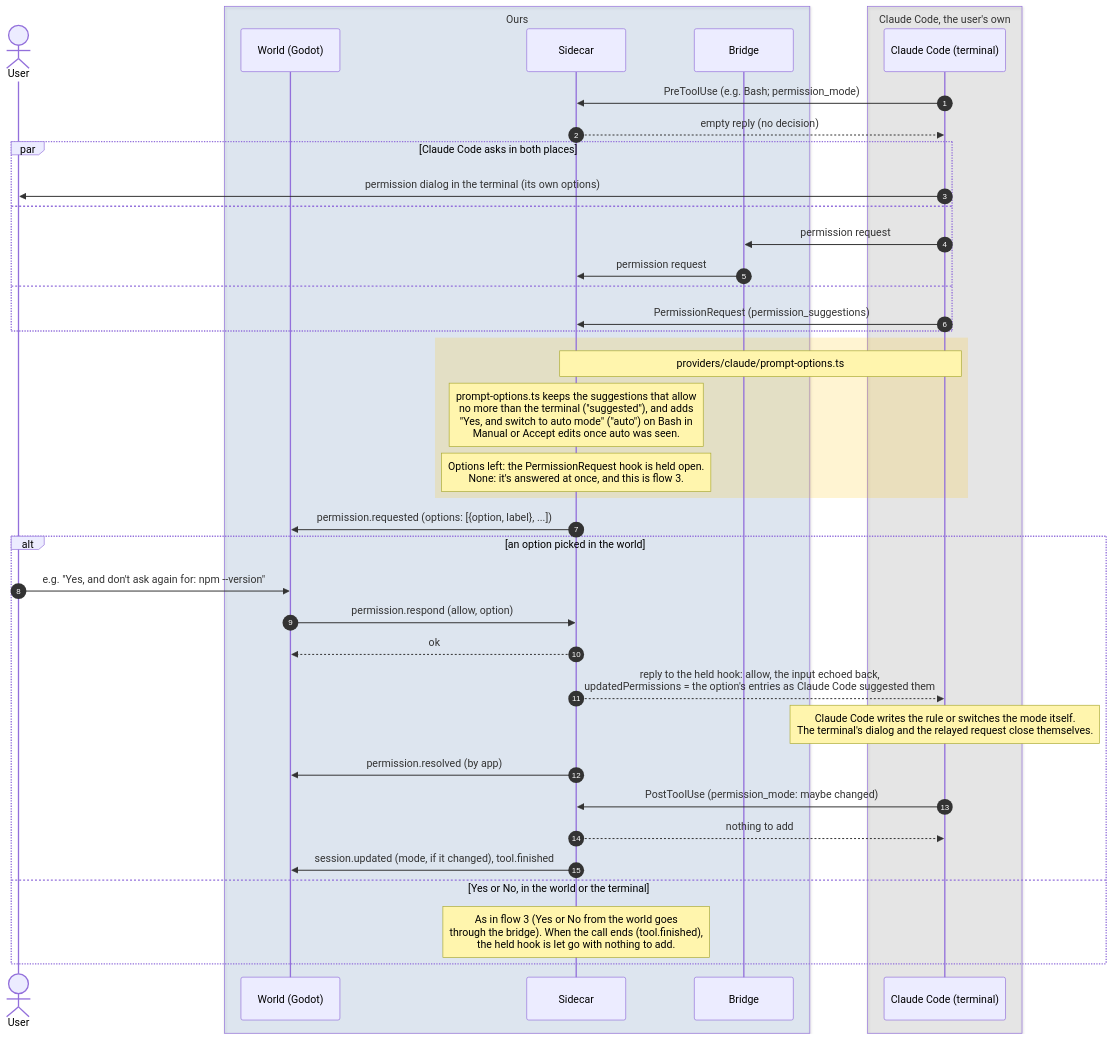
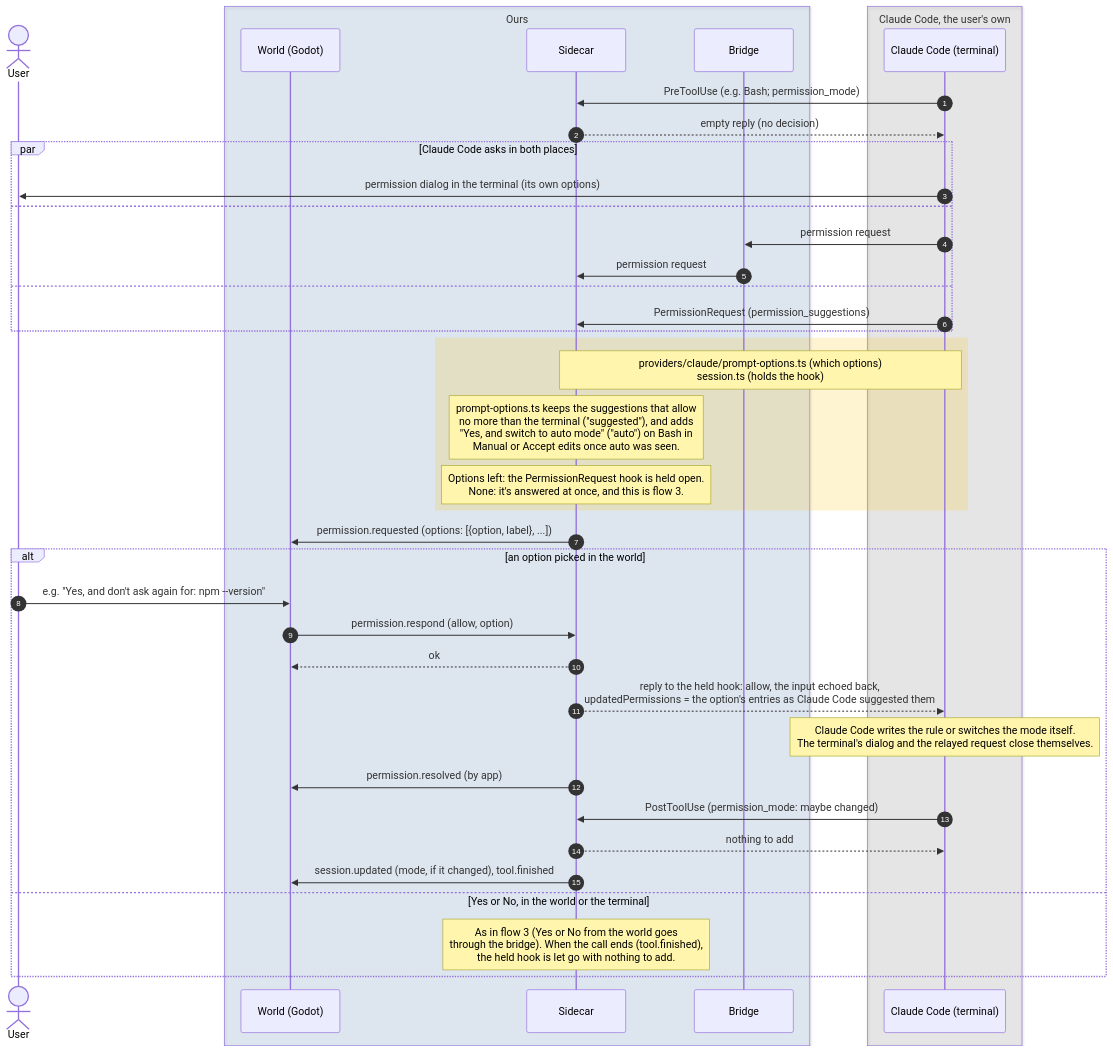
The diagram in docs/diagrams/sequence/11-prompt-options.md (PaoloPortugal/The-Beach), drawn with Mermaid before and after one commit. The commit also changed 4 other files, not shown here.

First line of the commit message:
Diagrams: fixes from docs-sync

````diff
--- a/docs/diagrams/sequence/11-prompt-options.md
+++ b/docs/diagrams/sequence/11-prompt-options.md
@@ -11,45 +11,45 @@
 ```mermaid
 sequenceDiagram
     autonumber
     actor User
 
     box rgba(47,111,191,0.12) Ours
         participant World as World (Godot)
         participant Sidecar
         participant Bridge
     end
 
     box rgba(128,128,128,0.14) Claude Code, the user's own
         participant Claude as Claude Code (terminal)
     end
 
     Claude->>Sidecar: PreToolUse (e.g. Bash#59; permission_mode)
     Sidecar-->>Claude: empty reply (no decision)
     par Claude Code asks in both places
         Claude->>User: permission dialog in the terminal (its own options)
     and
         Claude->>Bridge: permission request
         Bridge->>Sidecar: permission request
     and
         Claude->>Sidecar: PermissionRequest (permission_suggestions)
     end
     rect rgba(255,193,7,0.18)
-        Note over Sidecar,Claude: providers/claude/prompt-options.ts
+        Note over Sidecar,Claude: providers/claude/prompt-options.ts (which options)<br/>session.ts (holds the hook)
         Note over Sidecar: prompt-options.ts keeps the suggestions that allow<br/>no more than the terminal ("suggested"), and adds<br/>"Yes, and switch to auto mode" ("auto") on Bash in<br/>Manual or Accept edits once auto was seen.
         Note over Sidecar: Options left: the PermissionRequest hook is held open.<br/>None: it's answered at once, and this is flow 3.
     end
     Sidecar->>World: permission.requested (options: [{option, label}, ...])
     alt an option picked in the world
         User->>World: e.g. "Yes, and don't ask again for: npm --version"
         World->>Sidecar: permission.respond (allow, option)
         Sidecar-->>World: ok
         Sidecar-->>Claude: reply to the held hook: allow, the input echoed back,<br/>updatedPermissions = the option's entries as Claude Code suggested them
         Note over Claude: Claude Code writes the rule or switches the mode itself.<br/>The terminal's dialog and the relayed request close themselves.
         Sidecar->>World: permission.resolved (by app)
         Claude->>Sidecar: PostToolUse (permission_mode: maybe changed)
         Sidecar-->>Claude: nothing to add
         Sidecar->>World: session.updated (mode, if it changed), tool.finished
     else Yes or No, in the world or the terminal
         Note over Sidecar: As in flow 3 (Yes or No from the world goes<br/>through the bridge). When the call ends (tool.finished),<br/>the held hook is let go with nothing to add.
     end
 ```
````
